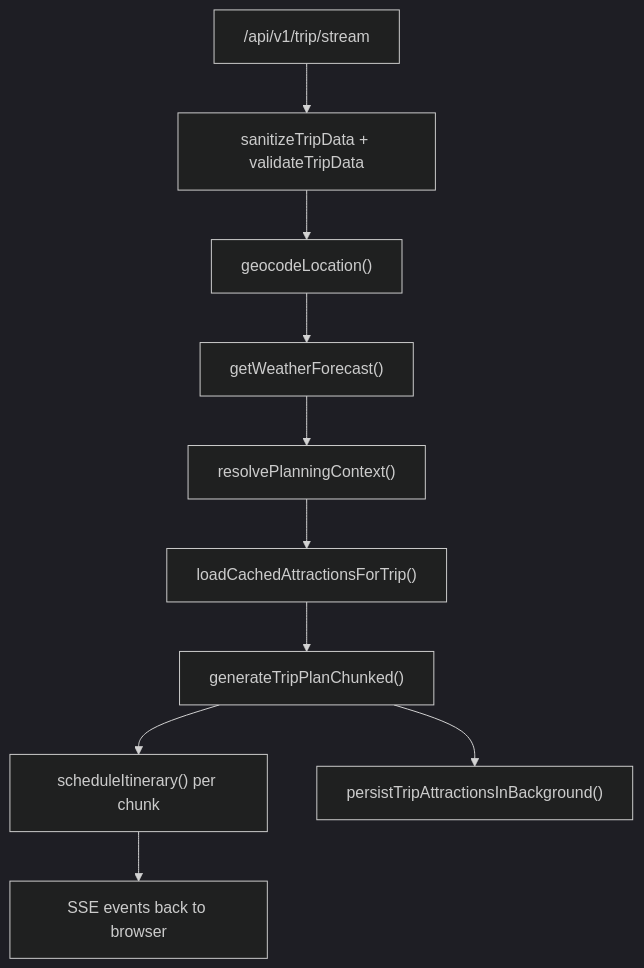
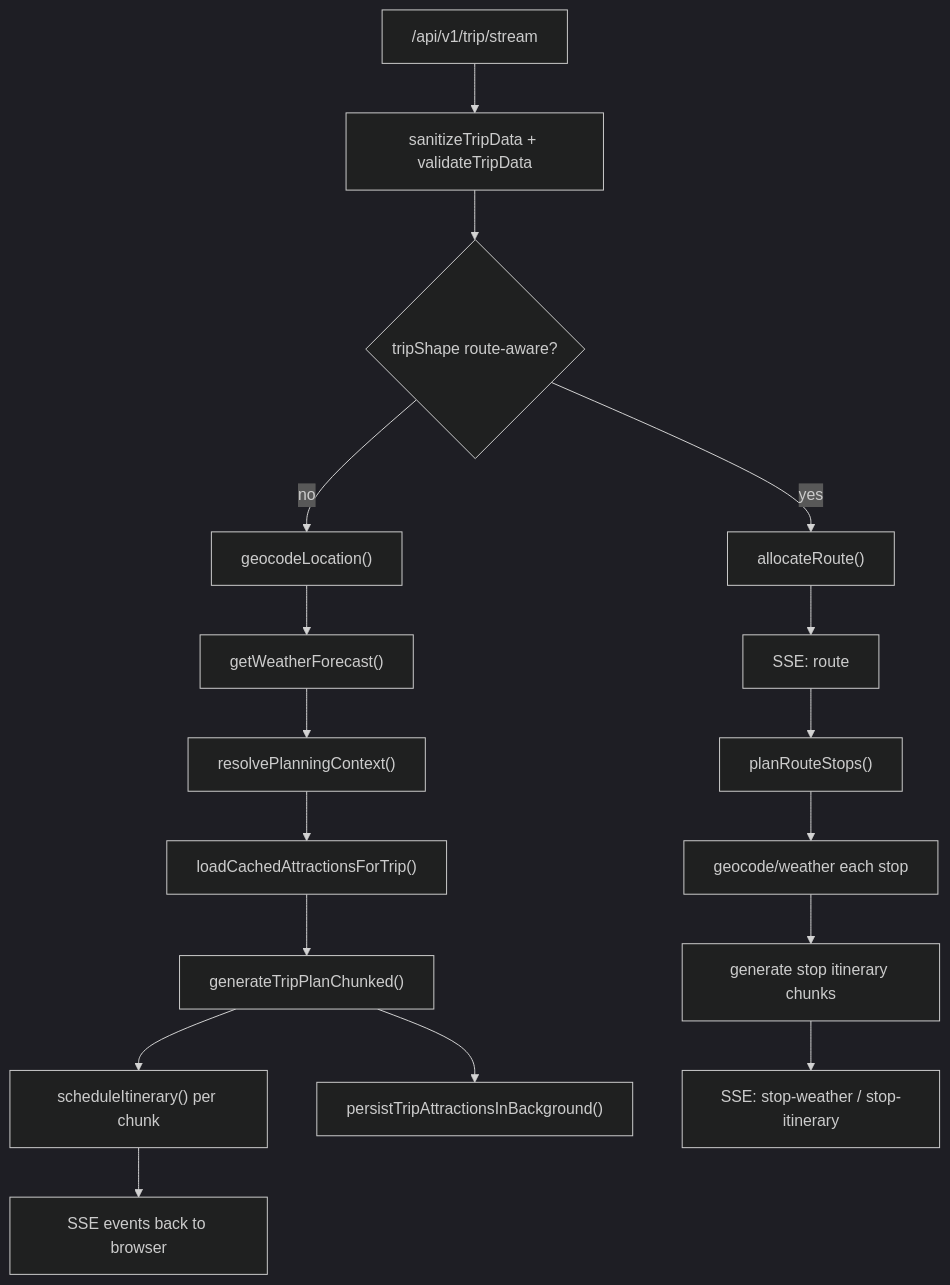
One commit to prasadnitish/SproutRoute changed the seventh of 7 diagrams in docs/WEB_CODE_GRAPH.md. Above: the diagram before and after it, drawn with Mermaid (dark theme). The commit also changed other lines of this file and 21 other files, not shown here.

````diff
--- a/docs/WEB_CODE_GRAPH.md
+++ b/docs/WEB_CODE_GRAPH.md
@@ -207,12 +216,19 @@
 ```mermaid
 flowchart TD
     A["/api/v1/trip/stream"] --> B["sanitizeTripData + validateTripData"]
-    B --> C["geocodeLocation()"]
+    B --> R{"tripShape route-aware?"}
+    R -->|no| C["geocodeLocation()"]
     C --> D["getWeatherForecast()"]
     D --> E["resolvePlanningContext()"]
     E --> F["loadCachedAttractionsForTrip()"]
     F --> G["generateTripPlanChunked()"]
     G --> H["scheduleItinerary() per chunk"]
     H --> I["SSE events back to browser"]
     G --> J["persistTripAttractionsInBackground()"]
+    R -->|yes| K["allocateRoute()"]
+    K --> L["SSE: route"]
+    L --> M["planRouteStops()"]
+    M --> N["geocode/weather each stop"]
+    N --> O["generate stop itinerary chunks"]
+    O --> P["SSE: stop-weather / stop-itinerary"]
 ```
````
